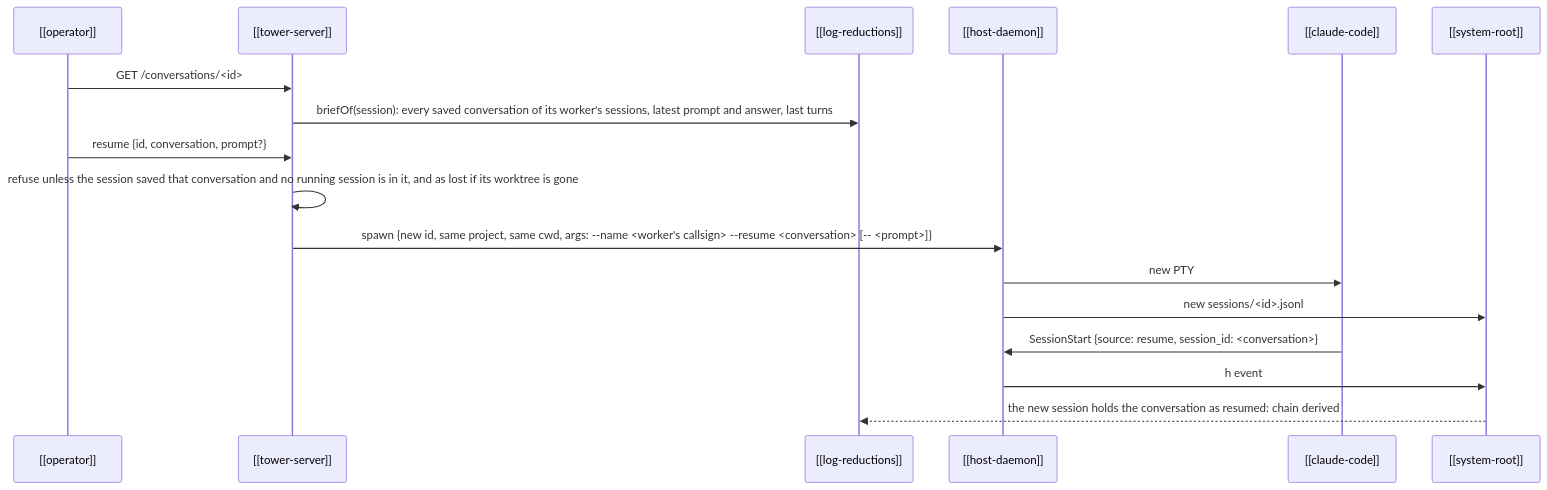
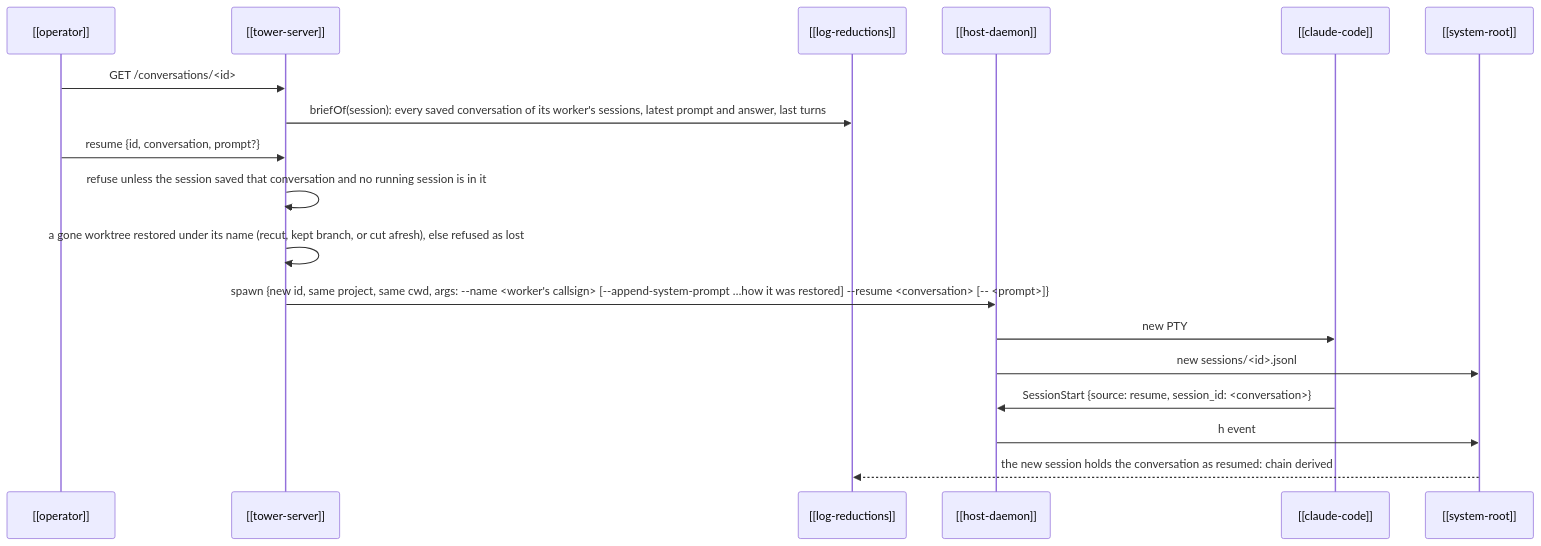
One commit to RegiByte/the-tower changed the diagram in kb/entities/flows/resume.md. Above: the diagram before and after it, drawn with Mermaid. The commit also changed other lines of this file and 75 other files, not shown here.

````diff
--- a/kb/entities/flows/resume.md
+++ b/kb/entities/flows/resume.md
@@ -12,19 +12,20 @@
 ```mermaid
 sequenceDiagram
   participant O as [[operator]]
   participant T as [[tower-server]]
   participant F as [[log-reductions]]
   participant H as [[host-daemon]]
   participant C as [[claude-code]]
   participant R as [[system-root]]
   O->>T: GET /conversations/<id>
   T->>F: briefOf(session): every saved conversation of its worker's sessions, latest prompt and answer, last turns
   O->>T: resume {id, conversation, prompt?}
-  T->>T: refuse unless the session saved that conversation and no running session is in it, and as lost if its worktree is gone
-  T->>H: spawn {new id, same project, same cwd, args: --name <worker's callsign> --resume <conversation> [-- <prompt>]}
+  T->>T: refuse unless the session saved that conversation and no running session is in it
+  T->>T: a gone worktree restored under its name (recut, kept branch, or cut afresh), else refused as lost
+  T->>H: spawn {new id, same project, same cwd, args: --name <worker's callsign> [--append-system-prompt …how it was restored] --resume <conversation> [-- <prompt>]}
   H->>C: new PTY
   H->>R: new sessions/<id>.jsonl
   C->>H: SessionStart {source: resume, session_id: <conversation>}
   H->>R: h event
   R-->>F: the new session holds the conversation as resumed: chain derived
 ```
````
